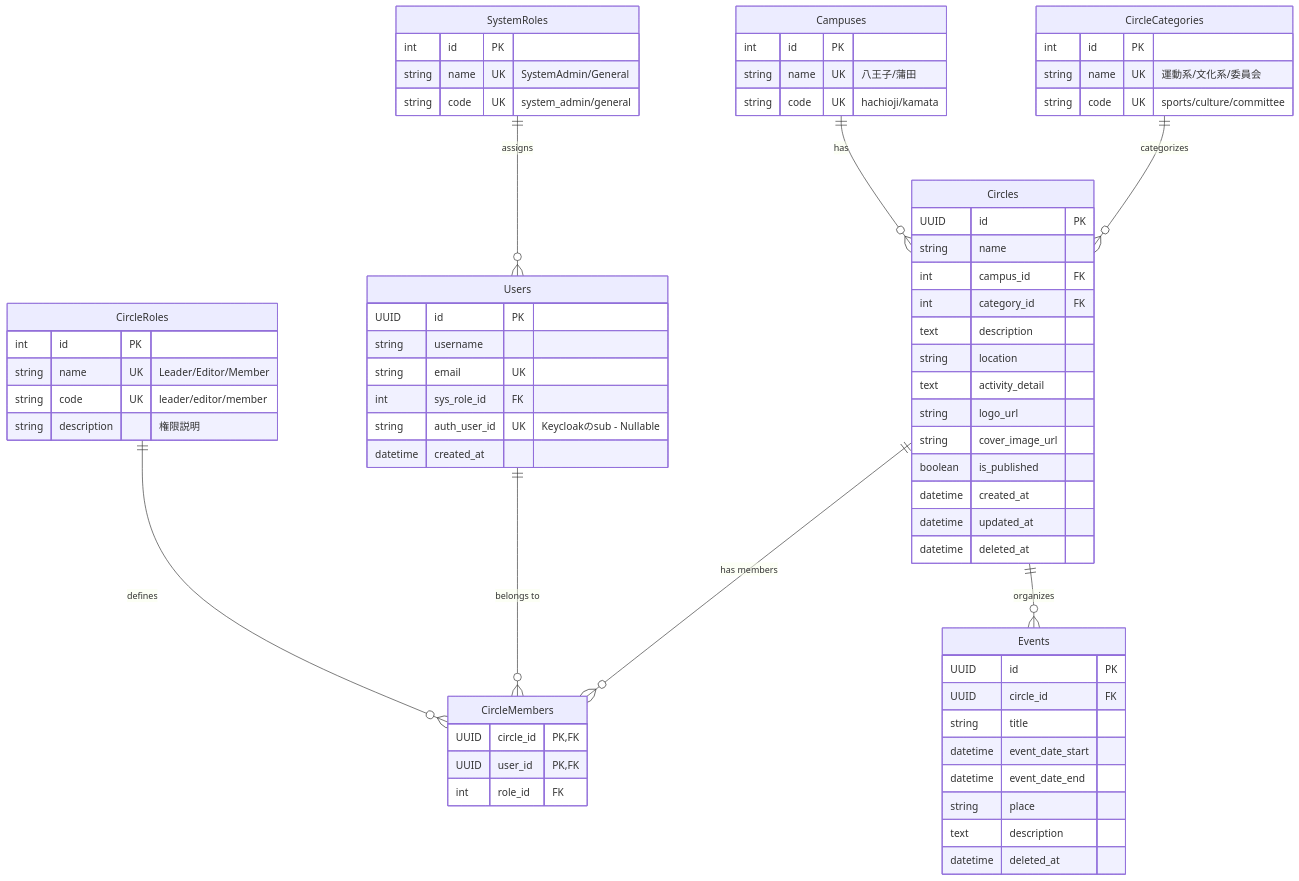
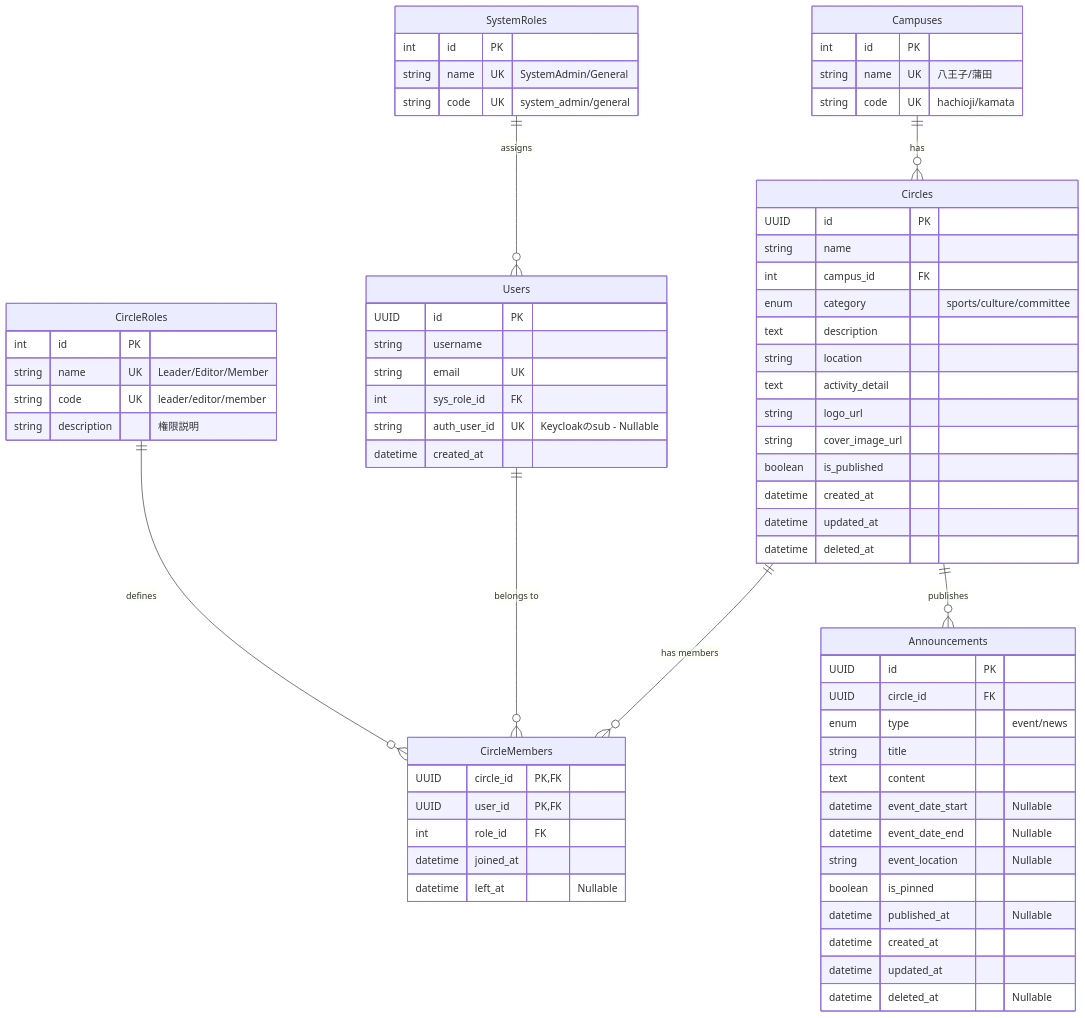
The third of 4 diagrams in docs/要件定義書.md (lc-tut/CirclePortalNEXT), drawn with Mermaid before and after one commit. The commit also changed other lines of this file and 10 other files, not shown here.

````diff
--- a/docs/要件定義書.md
+++ b/docs/要件定義書.md
@@ -261,82 +305,82 @@
 ```mermaid
 erDiagram
     %% マスタテーブル
     Campuses ||--o{ Circles : "has"
-    CircleCategories ||--o{ Circles : "categorizes"
     SystemRoles ||--o{ Users : "assigns"
     CircleRoles ||--o{ CircleMembers : "defines"
     
     %% メインテーブル
     Users ||--o{ CircleMembers : "belongs to"
     Circles ||--o{ CircleMembers : "has members"
-    Circles ||--o{ Events : "organizes"
+    Circles ||--o{ Announcements : "publishes"
 
     %% マスタテーブル定義
     Campuses {
         int id PK
         string name UK "八王子/蒲田"
         string code UK "hachioji/kamata"
-    }
-    
-    CircleCategories {
-        int id PK
-        string name UK "運動系/文化系/委員会"
-        string code UK "sports/culture/committee"
     }
     
     SystemRoles {
         int id PK
         string name UK "SystemAdmin/General"
         string code UK "system_admin/general"
     }
     
     CircleRoles {
         int id PK
         string name UK "Leader/Editor/Member"
         string code UK "leader/editor/member"
         string description "権限説明"
     }
 
     %% メインテーブル定義
     Users {
         UUID id PK
         string username
         string email UK
         int sys_role_id FK
         string auth_user_id UK "Keycloakのsub - Nullable"
         datetime created_at
     }
 
     Circles {
         UUID id PK
         string name
         int campus_id FK
-        int category_id FK
+        enum category "sports/culture/committee"
         text description
         string location
         text activity_detail
         string logo_url
         string cover_image_url
         boolean is_published
         datetime created_at
         datetime updated_at
         datetime deleted_at
     }
 
     CircleMembers {
         UUID circle_id PK, FK
         UUID user_id PK, FK
         int role_id FK
+        datetime joined_at
+        datetime left_at "Nullable"
     }
 
-    Events {
+    Announcements {
         UUID id PK
         UUID circle_id FK
+        enum type "event/news"
         string title
-        datetime event_date_start
-        datetime event_date_end
-        string place
-        text description
-        datetime deleted_at
+        text content
+        datetime event_date_start "Nullable"
+        datetime event_date_end "Nullable"
+        string event_location "Nullable"
+        boolean is_pinned
+        datetime published_at "Nullable"
+        datetime created_at
+        datetime updated_at
+        datetime deleted_at "Nullable"
     }
 ```
````
